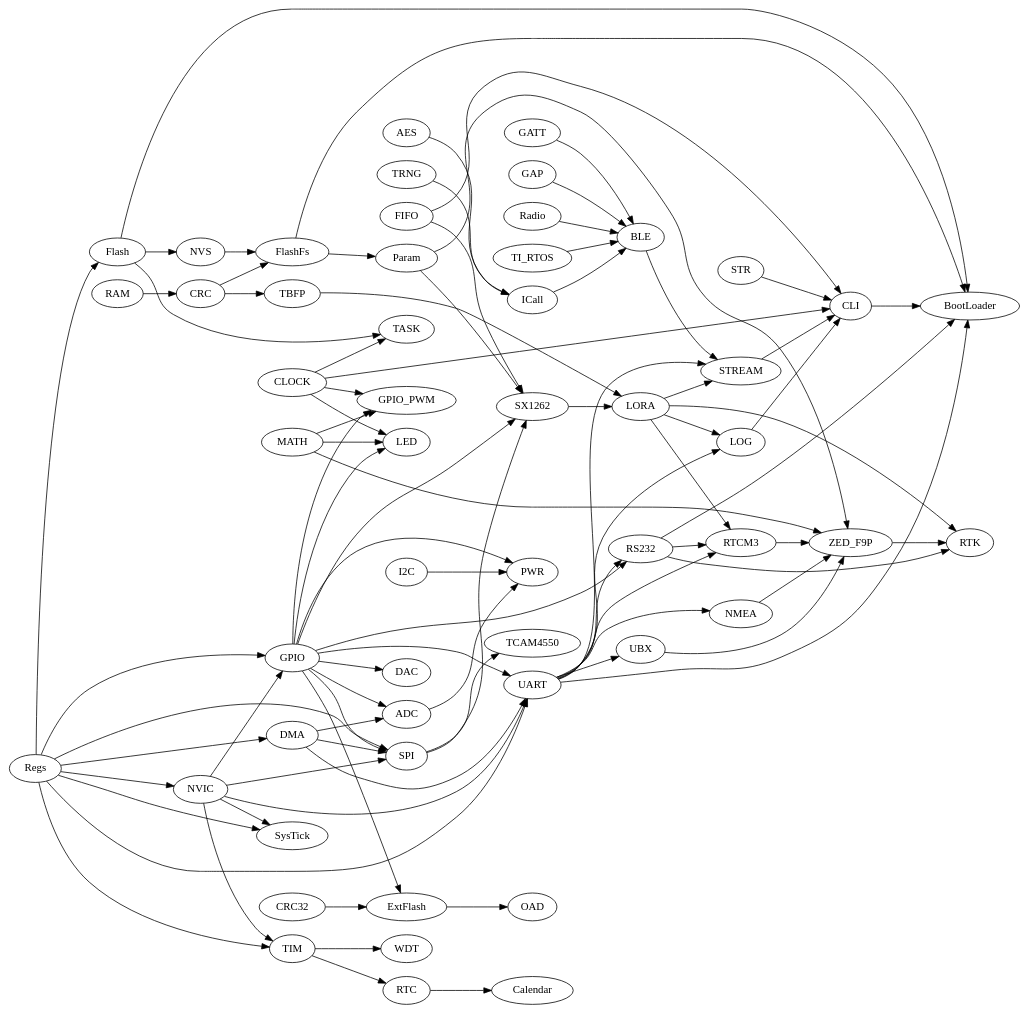
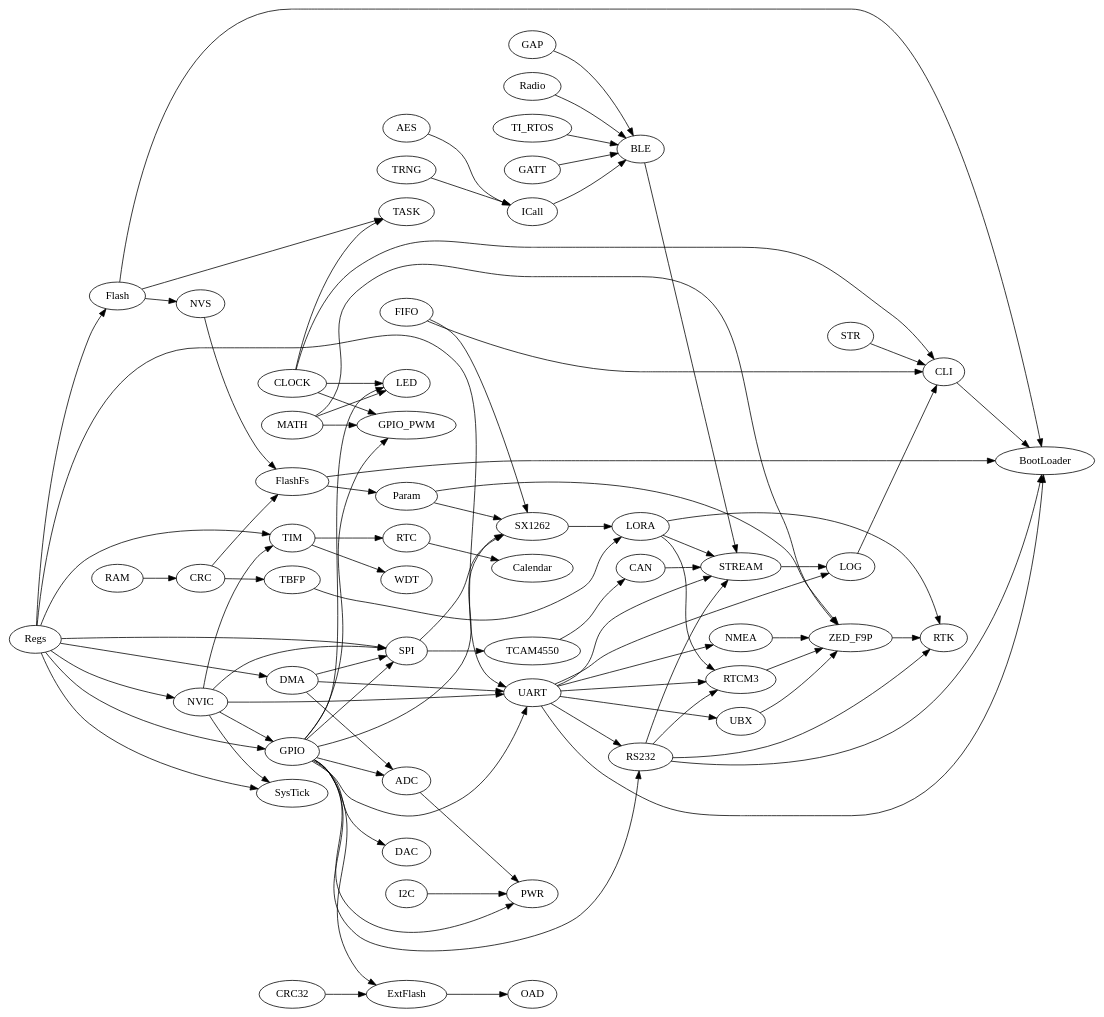
One commit to aabzel/ti_mcu_code_base changed the diagram in docs/dependencies.dot. Above: the diagram before and after it, drawn with Graphviz. The commit also changed 25 other files, not shown here.

```diff
--- a/docs/dependencies.dot
+++ b/docs/dependencies.dot
@@ -1,91 +1,93 @@
 digraph graphname {
     rankdir=LR;
 	AES;
     CLOCK->CLI;
+	STREAM->LOG;
 	UART->STREAM;
 	LORA->STREAM;
+	TCAM4550->CAN;
+	CAN->STREAM;
+	RS232->STREAM;
 	BLE->STREAM;
 	RS232->RTK;
 	LORA->RTK;
 	ZED_F9P->RTK;
-	STREAM->CLI
     CLOCK->GPIO_PWM
     CLOCK->LED;
     CLOCK->TASK;
     Flash->TASK;
 	AES->ICall;
 	TRNG->ICall;
 	ICall->BLE;
 	Radio->BLE;
 	TI_RTOS->BLE;
 	GATT->BLE;
 	GAP->BLE;
 	GPIO->ExtFlash;
 	CRC32->ExtFlash;
 	ExtFlash->OAD;
     CRC->FlashFs;
     CRC -> TBFP;
     DMA->SPI;
     DMA->UART;
     DMA->ADC;
     FIFO->CLI;
     Flash->NVS;
     FlashFs->Param;
     GPIO->SPI;
     GPIO->UART;
     GPIO->ADC;
     GPIO->DAC;
     GPIO->GPIO_PWM;
     GPIO->LED;
 	MATH->LED;
     GPIO->PWR;
 	ADC->PWR;
     GPIO->RS232;
     GPIO->SX1262;
 	FIFO->SX1262;
     I2C->PWR;
     LORA->RTCM3;
     MATH->GPIO_PWM;
     MATH->ZED_F9P;
     NMEA->ZED_F9P;
     NVIC->SPI;
     NVIC->UART;
     NVIC->SysTick;
     NVIC->TIM;
     NVIC->GPIO;
     NVS->FlashFs;
     Param->SX1262;
     Param->ZED_F9P;
     RAM->CRC;
     RS232->RTCM3;
     RTC->Calendar;
     RTCM3->ZED_F9P;
     Regs->SPI;
     Regs->UART;
     Regs->DMA;
     Regs->Flash;
     Regs->GPIO;
     Regs->NVIC;
     Regs->SysTick;
     Regs->TIM;
     SPI->SX1262;
     SPI->TCAM4550;
     STR->CLI;
     SX1262->LORA;
     TBFP->LORA;
     TIM->RTC;
     TIM->WDT;
     Flash->BootLoader;
     UART->BootLoader;
     FlashFs->BootLoader;
     CLI->BootLoader;
     RS232->BootLoader;
     UART->LOG;
-	LORA->LOG;
 	LOG->CLI;
     UART->NMEA;
     UART->RS232;
     UART->RTCM3;
     UART->UBX;
     UBX->ZED_F9P;
 }
```
